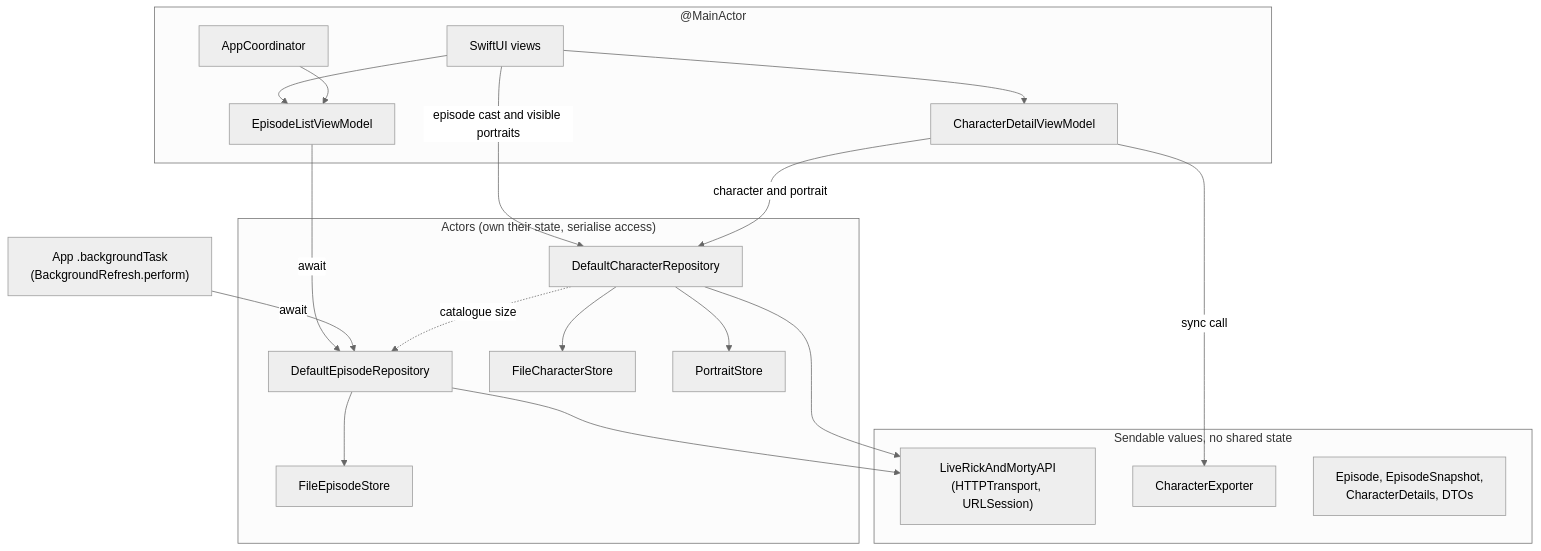
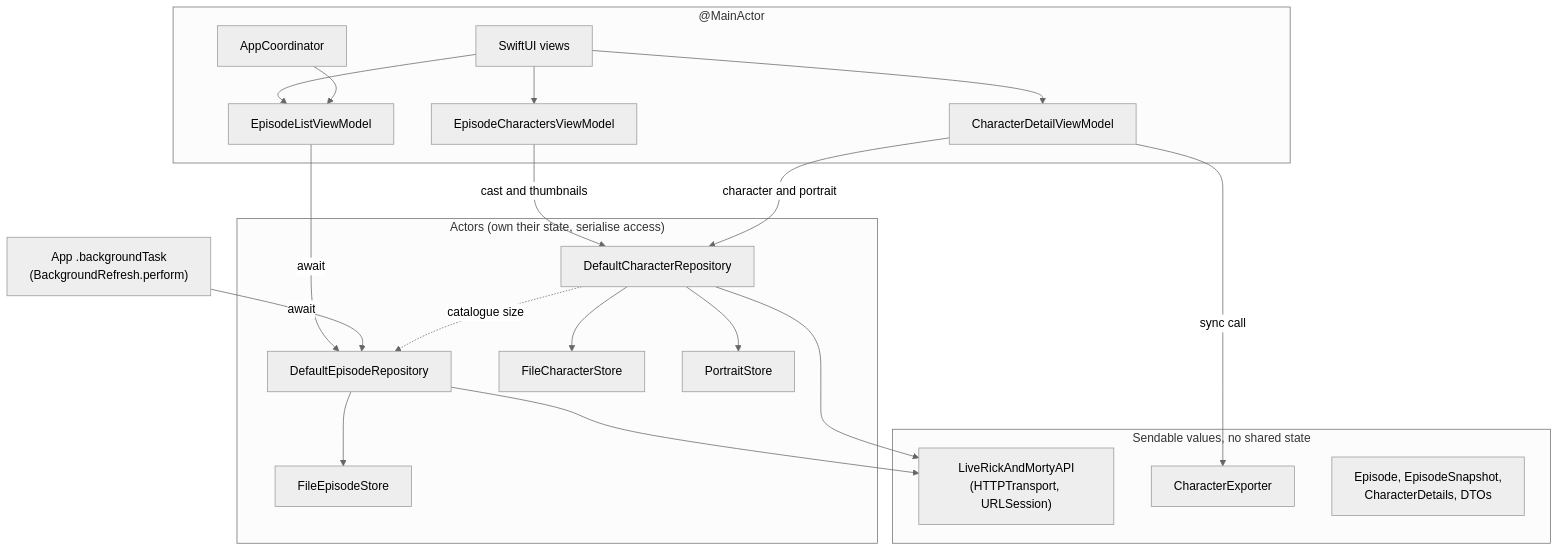
One commit to felixinjapan/rick-and-morty-episodes changed the fourth of 4 diagrams in docs/architecture.md. Above: the diagram before and after it, drawn with Mermaid (neutral theme). The commit also changed 16 other files, not shown here.

First line of the commit message:
Load the episode cast through EpisodeCharactersViewModel

````diff
--- a/docs/architecture.md
+++ b/docs/architecture.md
@@ -92,40 +92,42 @@
 ```mermaid
 flowchart TD
     subgraph Main["@MainActor"]
         Views[SwiftUI views]
         ListVM[EpisodeListViewModel]
+        CastVM[EpisodeCharactersViewModel]
         DetailVM[CharacterDetailViewModel]
         Coord[AppCoordinator]
     end
 
     subgraph Actors["Actors (own their state, serialise access)"]
         EpRepo[DefaultEpisodeRepository]
         ChRepo[DefaultCharacterRepository]
         EpStore[FileEpisodeStore]
         ChStore[FileCharacterStore]
         Portraits[PortraitStore]
     end
 
     subgraph Values["Sendable values, no shared state"]
         API["LiveRickAndMortyAPI<br/>(HTTPTransport, URLSession)"]
         Exporter[CharacterExporter]
         Types["Episode, EpisodeSnapshot,<br/>CharacterDetails, DTOs"]
     end
 
     BG["App .backgroundTask<br/>(BackgroundRefresh.perform)"]
 
     Views --> ListVM
+    Views --> CastVM
     Views --> DetailVM
-    Views -->|episode cast and visible portraits| ChRepo
     Coord --> ListVM
     ListVM -- await --> EpRepo
+    CastVM -- "cast and thumbnails" --> ChRepo
     DetailVM -- "character and portrait" --> ChRepo
     DetailVM -- "sync call" --> Exporter
     BG -- await --> EpRepo
     EpRepo --> API
     EpRepo --> EpStore
     ChRepo --> API
     ChRepo --> ChStore
     ChRepo --> Portraits
     ChRepo -. "catalogue size" .-> EpRepo
 ```
````
